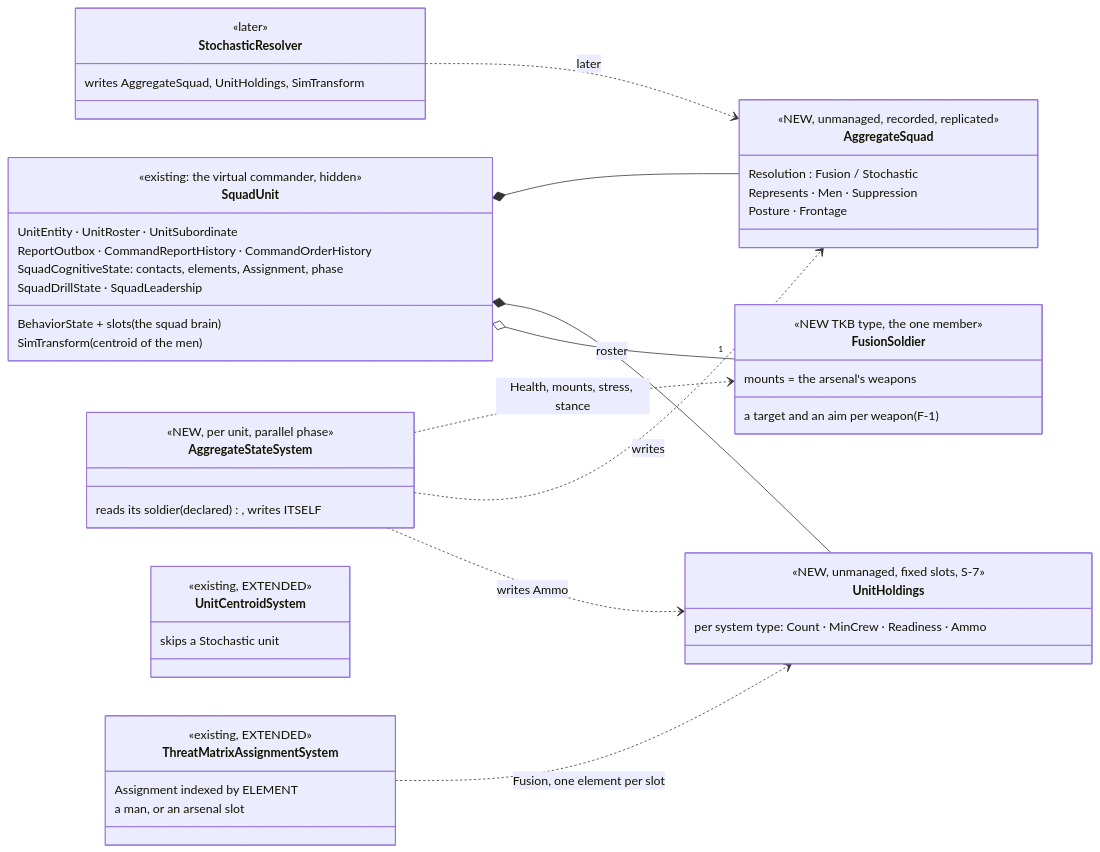
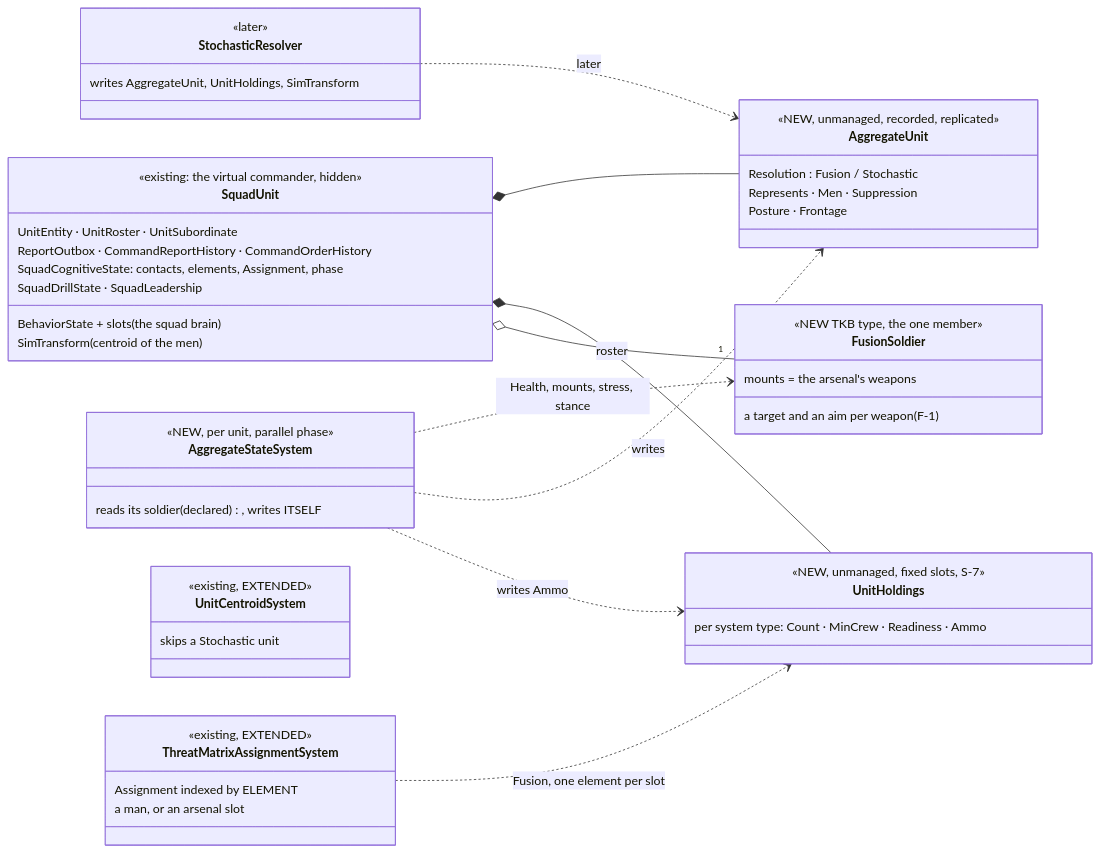
One commit to pjanec/HROT changed the fifth of 5 diagrams in docs/designs/aggregate-units/DESIGN_Aggregate_Squad.md. Above: the diagram before and after it, drawn with Mermaid. The commit also changed other lines of this file and 2 other files, not shown here.

First line of the commit message:
docs(CE-4611): SV-1…SV-15 ruled (R-4252); AggregateUnit, neutral type, per-slot table into A-2

````diff
--- a/docs/designs/aggregate-units/DESIGN_Aggregate_Squad.md
+++ b/docs/designs/aggregate-units/DESIGN_Aggregate_Squad.md
@@ -298,53 +298,53 @@
 ```mermaid
 classDiagram
   direction LR
   class SquadUnit {
     <<existing: the virtual commander, hidden>>
     UnitEntity · UnitRoster · UnitSubordinate
     BehaviorState + slots (the squad brain)
     ReportOutbox · CommandReportHistory · CommandOrderHistory
     SquadCognitiveState: contacts, elements, Assignment, phase
     SquadDrillState · SquadLeadership
     SimTransform (centroid of the men)
   }
-  class AggregateSquad {
+  class AggregateUnit {
     <<NEW, unmanaged, recorded, replicated>>
     Resolution : Fusion / Stochastic
     Represents · Men · Suppression
     Posture · Frontage
   }
   class UnitHoldings {
     <<NEW, unmanaged, fixed slots, S-7>>
     per system type: Count · MinCrew · Readiness · Ammo
   }
   class FusionSoldier {
     <<NEW TKB type, the one member>>
     mounts = the arsenal's weapons
     a target and an aim per weapon (F-1)
   }
   class AggregateStateSystem {
     <<NEW, per unit, parallel phase>>
     reads its soldier (declared), writes ITSELF
   }
   class ThreatMatrixAssignmentSystem {
     <<existing, EXTENDED>>
     Assignment indexed by ELEMENT
     a man, or an arsenal slot
   }
   class UnitCentroidSystem {
     <<existing, EXTENDED>>
     skips a Stochastic unit
   }
   class StochasticResolver {
     <<later>>
-    writes AggregateSquad, UnitHoldings, SimTransform
+    writes AggregateUnit, UnitHoldings, SimTransform
   }
-  SquadUnit *-- AggregateSquad
+  SquadUnit *-- AggregateUnit
   SquadUnit *-- UnitHoldings
   SquadUnit o-- "1" FusionSoldier : roster
   AggregateStateSystem ..> FusionSoldier : Health, mounts, stress, stance
-  AggregateStateSystem ..> AggregateSquad : writes
+  AggregateStateSystem ..> AggregateUnit : writes
   AggregateStateSystem ..> UnitHoldings : writes Ammo
   ThreatMatrixAssignmentSystem ..> UnitHoldings : Fusion, one element per slot
-  StochasticResolver ..> AggregateSquad : later
+  StochasticResolver ..> AggregateUnit : later
 ```
````
